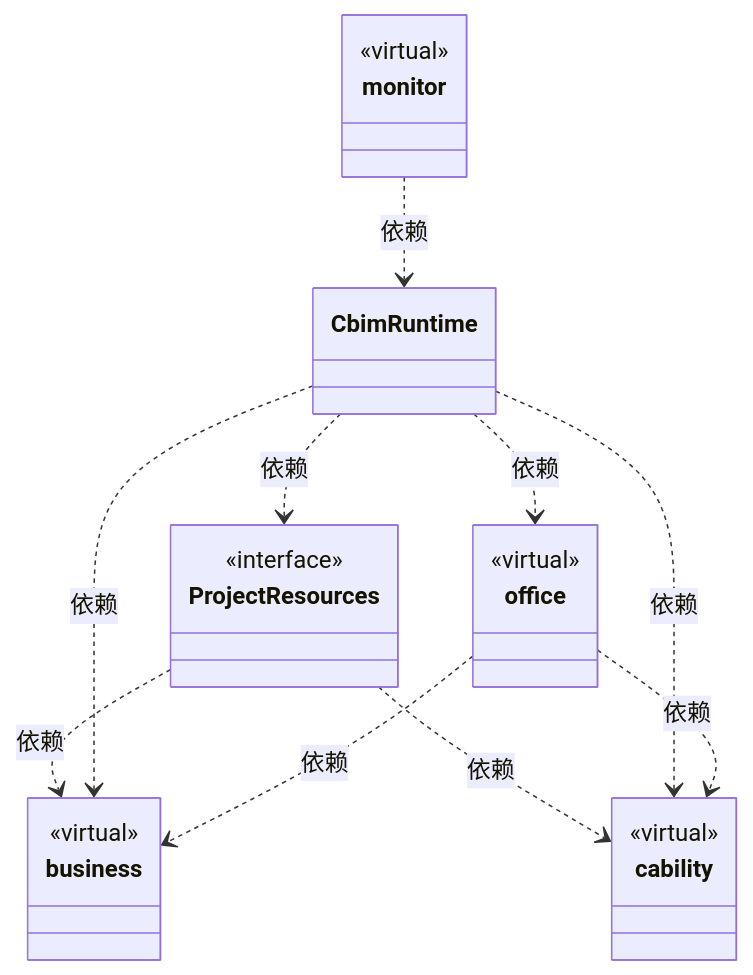
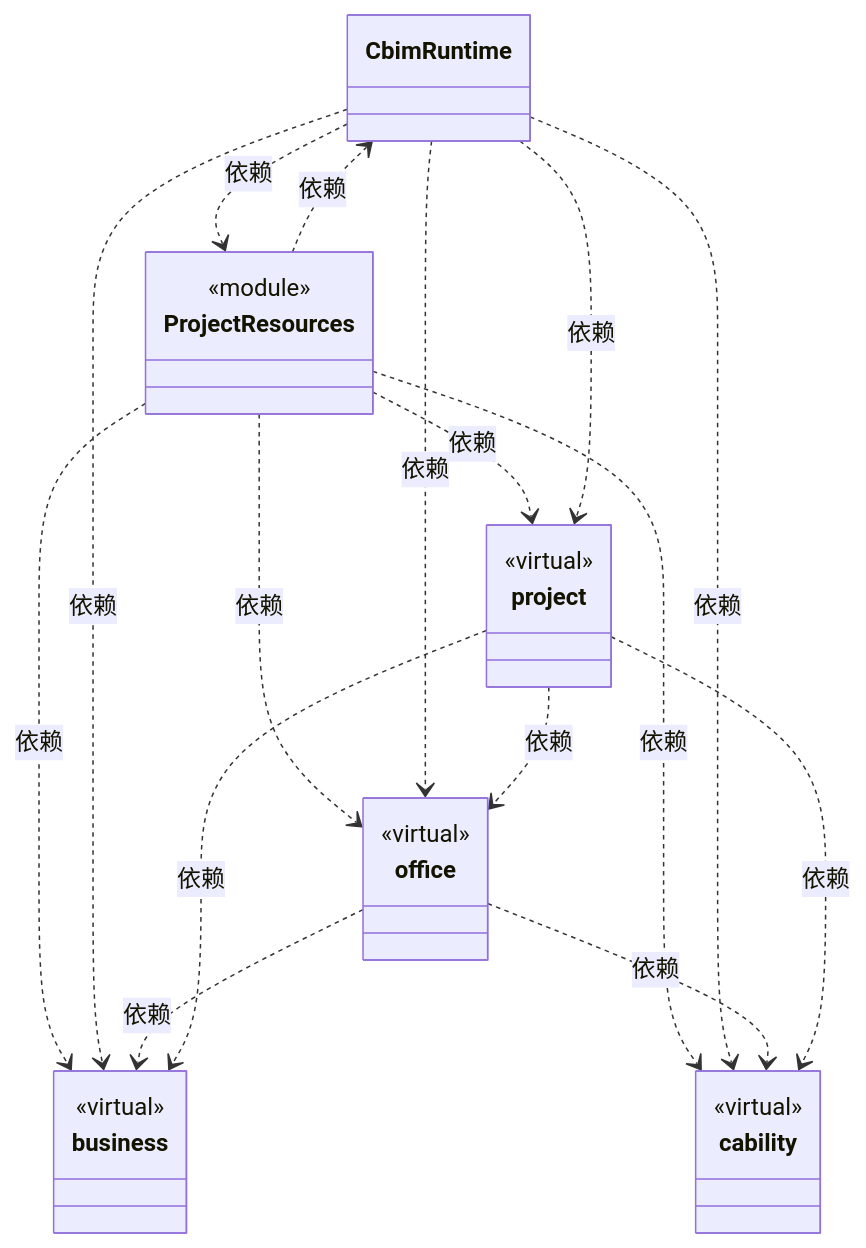
One commit to nan023062/cbim changed the first of 2 diagrams in src/framework/ARCHITECTURE.md. Above: the diagram before and after it, drawn with Mermaid. The commit also changed other lines of this file and 113 other files, not shown here.

````diff
--- a/src/framework/ARCHITECTURE.md
+++ b/src/framework/ARCHITECTURE.md
@@ -27,34 +27,40 @@
 ```mermaid
 classDiagram
 class N_30804c3bb3bb["CbimRuntime"]
 click N_30804c3bb3bb href "cbim-runtime.ts"
+class N_d21d5aff65c9["ProjectResources"] {
+  <<module>>
+}
+click N_d21d5aff65c9 href "cbim-runtime.ts"
 class N_b88f3147f97b["office"] {
   <<virtual>>
 }
 click N_b88f3147f97b href "office/ARCHITECTURE.md"
 class N_4aef7e841596["business"] {
   <<virtual>>
 }
 click N_4aef7e841596 href "business/ARCHITECTURE.md"
-class N_d21d5aff65c9["ProjectResources"] {
-  <<interface>>
+class N_2f15de44b8e6["project"] {
+  <<virtual>>
 }
-click N_d21d5aff65c9 href "cbim-runtime.ts"
+click N_2f15de44b8e6 href "project/ARCHITECTURE.md"
 class N_516fccf1524e["cability"] {
   <<virtual>>
 }
 click N_516fccf1524e href "cability/ARCHITECTURE.md"
-class N_3c7a2e5c648b["monitor"] {
-  <<virtual>>
-}
-click N_3c7a2e5c648b href "monitor/ARCHITECTURE.md"
+N_d21d5aff65c9 ..> N_30804c3bb3bb : 依赖
+N_d21d5aff65c9 ..> N_4aef7e841596 : 依赖
 N_d21d5aff65c9 ..> N_516fccf1524e : 依赖
-N_d21d5aff65c9 ..> N_4aef7e841596 : 依赖
+N_d21d5aff65c9 ..> N_b88f3147f97b : 依赖
+N_d21d5aff65c9 ..> N_2f15de44b8e6 : 依赖
+N_30804c3bb3bb ..> N_d21d5aff65c9 : 依赖
 N_30804c3bb3bb ..> N_b88f3147f97b : 依赖
 N_30804c3bb3bb ..> N_4aef7e841596 : 依赖
-N_30804c3bb3bb ..> N_d21d5aff65c9 : 依赖
+N_30804c3bb3bb ..> N_2f15de44b8e6 : 依赖
 N_30804c3bb3bb ..> N_516fccf1524e : 依赖
-N_3c7a2e5c648b ..> N_30804c3bb3bb : 依赖
 N_b88f3147f97b ..> N_4aef7e841596 : 依赖
 N_b88f3147f97b ..> N_516fccf1524e : 依赖
+N_2f15de44b8e6 ..> N_4aef7e841596 : 依赖
+N_2f15de44b8e6 ..> N_516fccf1524e : 依赖
+N_2f15de44b8e6 ..> N_b88f3147f97b : 依赖
 ```
````
